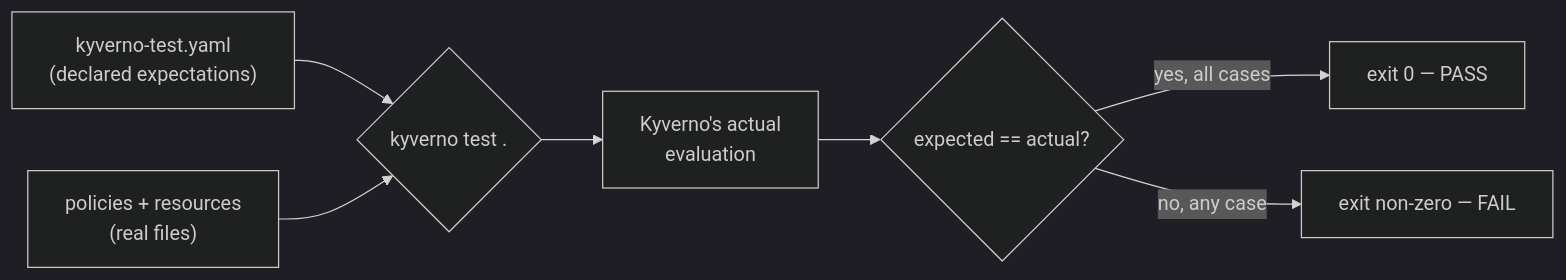
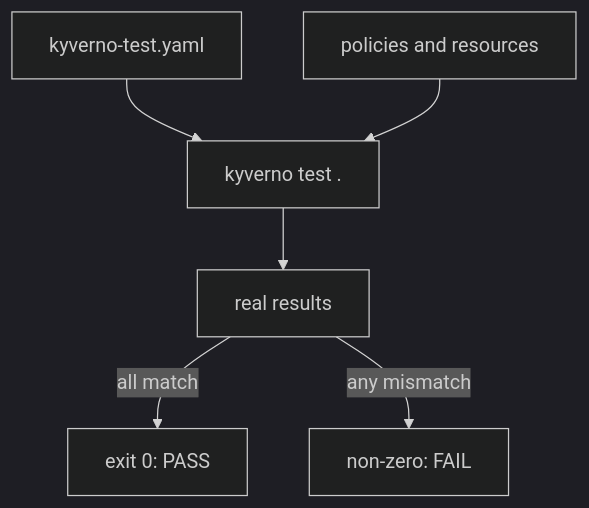
One commit to astrona-io/ATS009 changed the diagram in sections/section-030/module-01/course.md. Above: the diagram before and after it, drawn with Mermaid (dark theme). The commit also changed other lines of this file and 286 other files, not shown here.

````diff
--- a/sections/section-030/module-01/course.md
+++ b/sections/section-030/module-01/course.md
@@ -7,9 +7,8 @@
 ```mermaid
-flowchart LR
-    A["kyverno-test.yaml<br/>(declared expectations)"] --> C{"kyverno test ."}
-    B["policies + resources<br/>(real files)"] --> C
-    C --> D["Kyverno's actual<br/>evaluation"]
-    D --> E{"expected == actual?"}
-    E -->|yes, all cases| F["exit 0 — PASS"]
-    E -->|no, any case| G["exit non-zero — FAIL"]
+flowchart TB
+    A["kyverno-test.yaml"] --> C["kyverno test ."]
+    B["policies and resources"] --> C
+    C --> D["real results"]
+    D -->|"all match"| E["exit 0: PASS"]
+    D -->|"any mismatch"| F["non-zero: FAIL"]
 ```
````
